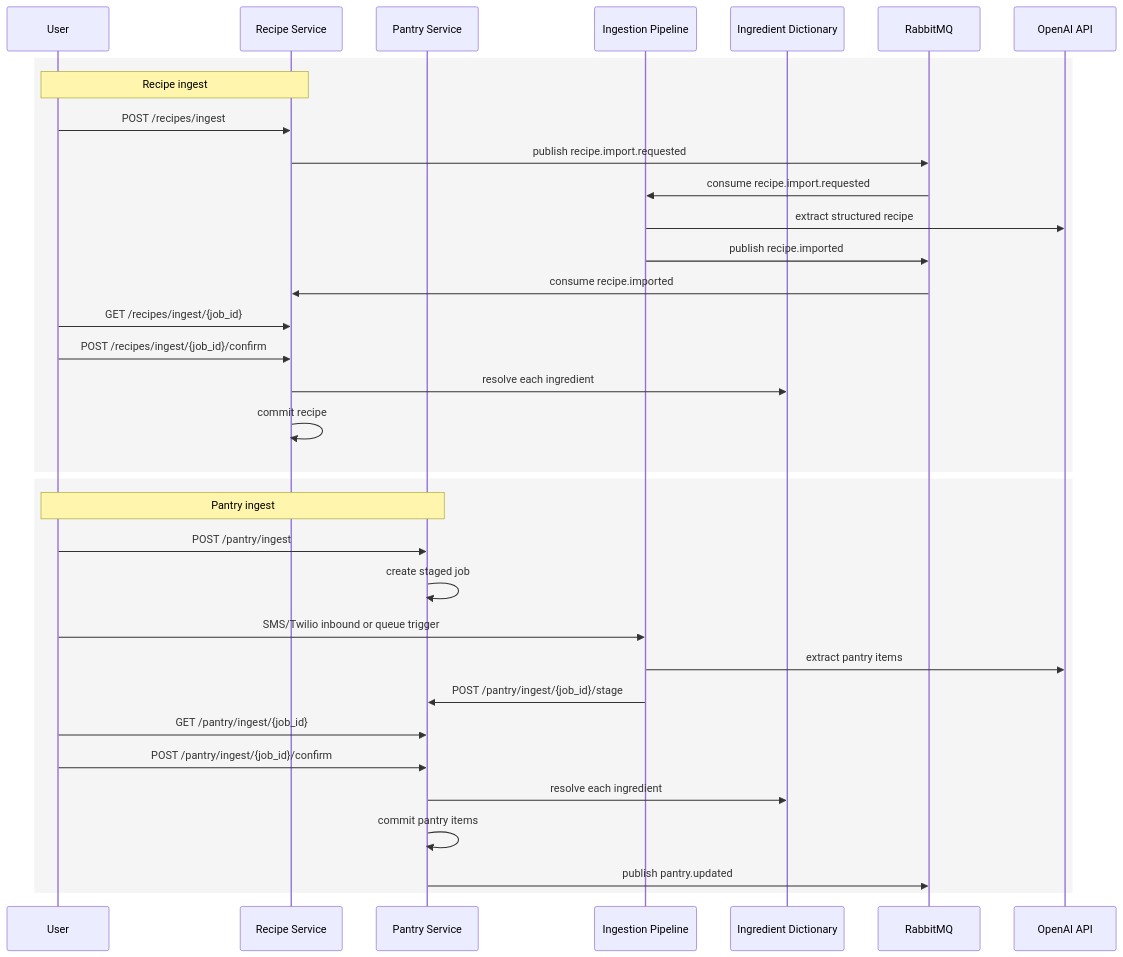
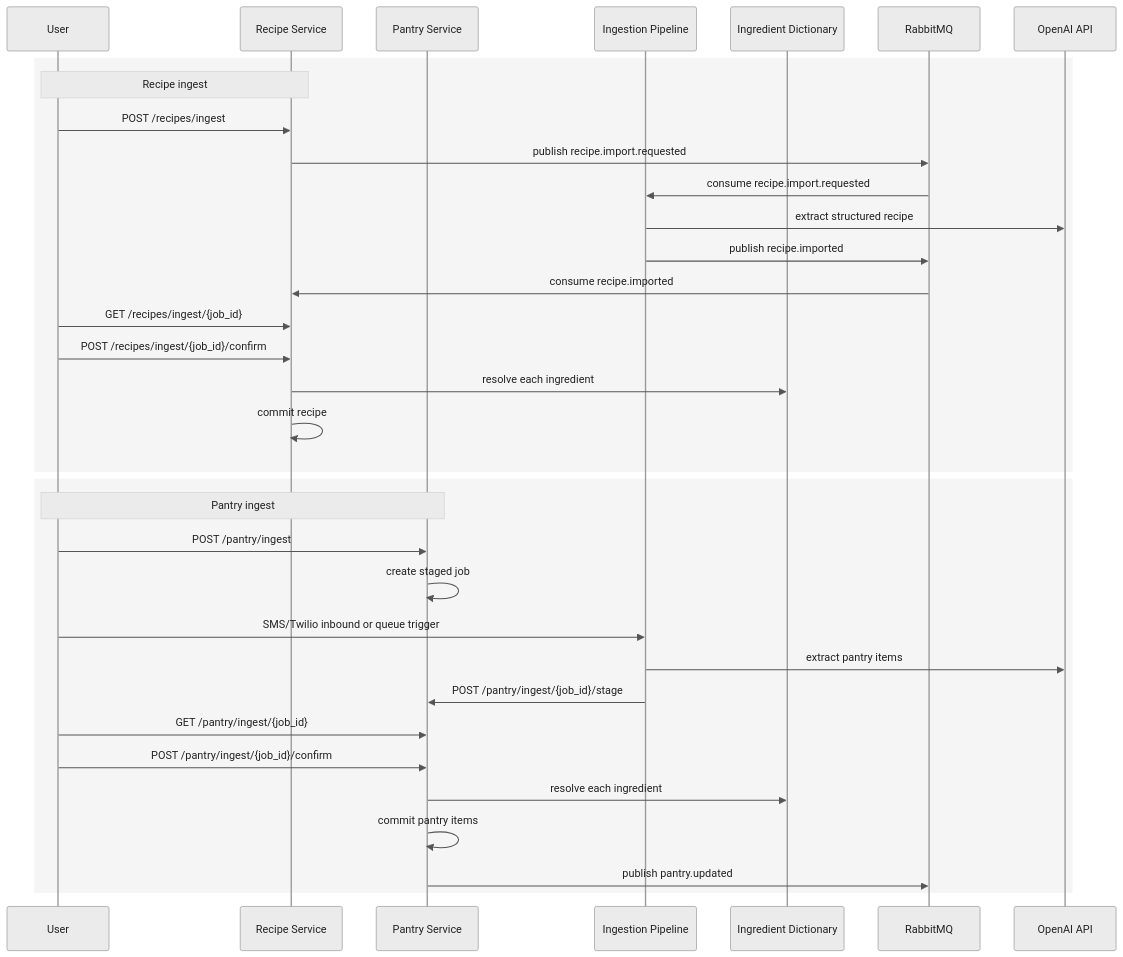
One commit to mwhite7112/woodpantry changed the fourth of 4 diagrams in README.md. Above: the diagram before and after it, drawn with Mermaid. The commit also changed other lines of this file and 1 other file, not shown here.

Commit message:
Chore: Adding user journey status page (#6)

````diff
--- a/README.md
+++ b/README.md
@@ -223,38 +223,39 @@
 ```mermaid
+%%{init: {'theme': 'base', 'themeVariables': { 'background': '#f5f5f5', 'mainBkg': '#f5f5f5', 'secondaryColor': '#ebebeb', 'tertiaryColor': '#e3e3e3', 'lineColor': '#555555', 'primaryTextColor': '#222222', 'secondaryTextColor': '#222222', 'tertiaryTextColor': '#222222', 'noteBkgColor': '#ebebeb', 'noteTextColor': '#222222', 'actorBkg': '#ebebeb', 'actorBorder': '#999999', 'actorTextColor': '#222222', 'signalColor': '#555555', 'signalTextColor': '#222222', 'labelBoxBkgColor': '#ebebeb', 'labelBoxBorderColor': '#999999', 'labelTextColor': '#222222', 'loopTextColor': '#222222' } } }%%
 sequenceDiagram
     participant User
     participant Recipes as Recipe Service
     participant Pantry as Pantry Service
     participant Ingestion as Ingestion Pipeline
     participant Dictionary as Ingredient Dictionary
     participant MQ as RabbitMQ
     participant LLM as OpenAI API
 
     rect rgb(245, 245, 245)
     Note over User,Recipes: Recipe ingest
     User->>Recipes: POST /recipes/ingest
     Recipes->>MQ: publish recipe.import.requested
     MQ->>Ingestion: consume recipe.import.requested
     Ingestion->>LLM: extract structured recipe
     Ingestion->>MQ: publish recipe.imported
     MQ->>Recipes: consume recipe.imported
     User->>Recipes: GET /recipes/ingest/{job_id}
     User->>Recipes: POST /recipes/ingest/{job_id}/confirm
     Recipes->>Dictionary: resolve each ingredient
     Recipes->>Recipes: commit recipe
     end
 
     rect rgb(245, 245, 245)
     Note over User,Pantry: Pantry ingest
     User->>Pantry: POST /pantry/ingest
     Pantry->>Pantry: create staged job
     User->>Ingestion: SMS/Twilio inbound or queue trigger
     Ingestion->>LLM: extract pantry items
     Ingestion->>Pantry: POST /pantry/ingest/{job_id}/stage
     User->>Pantry: GET /pantry/ingest/{job_id}
     User->>Pantry: POST /pantry/ingest/{job_id}/confirm
     Pantry->>Dictionary: resolve each ingredient
     Pantry->>Pantry: commit pantry items
     Pantry->>MQ: publish pantry.updated
     end
 ```
````
